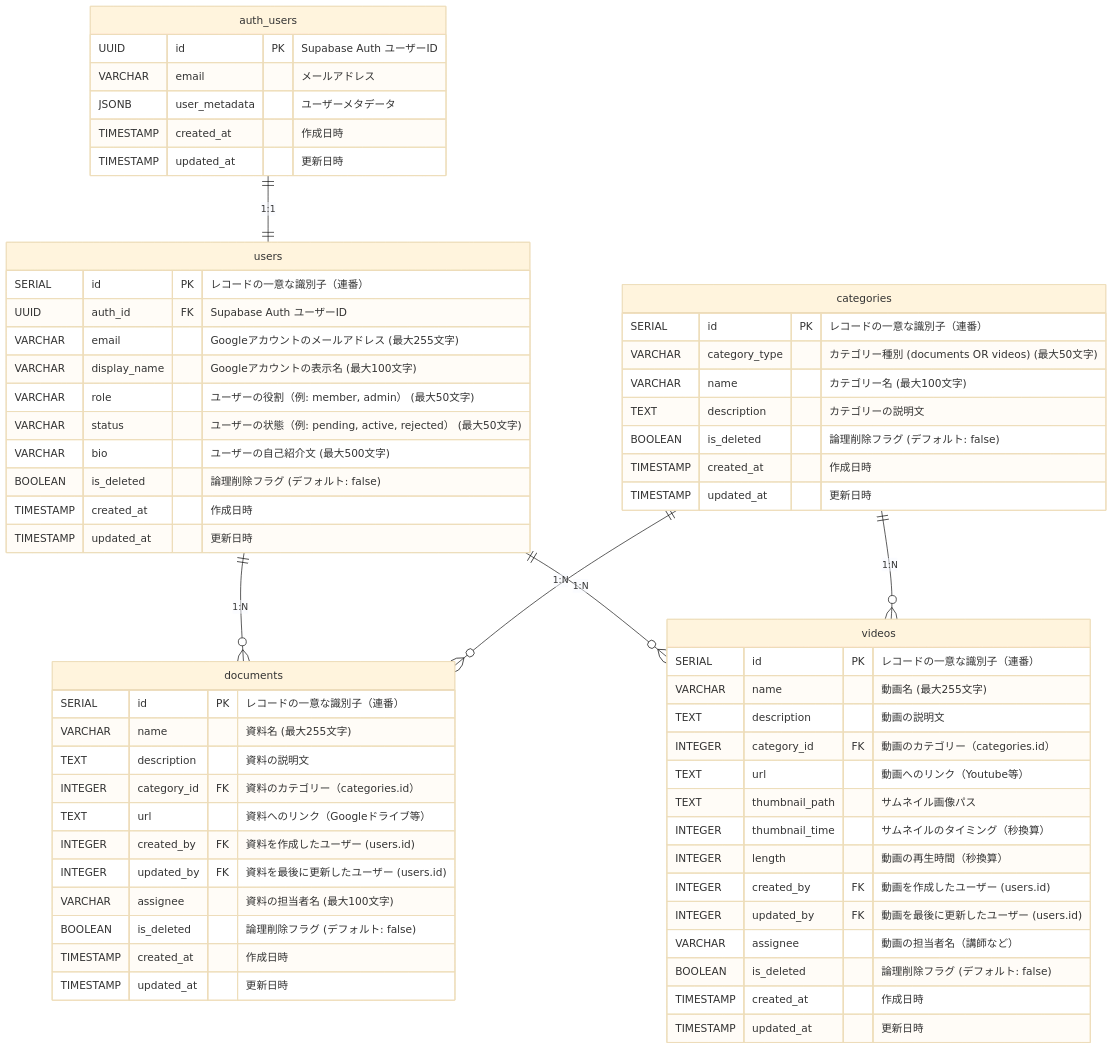
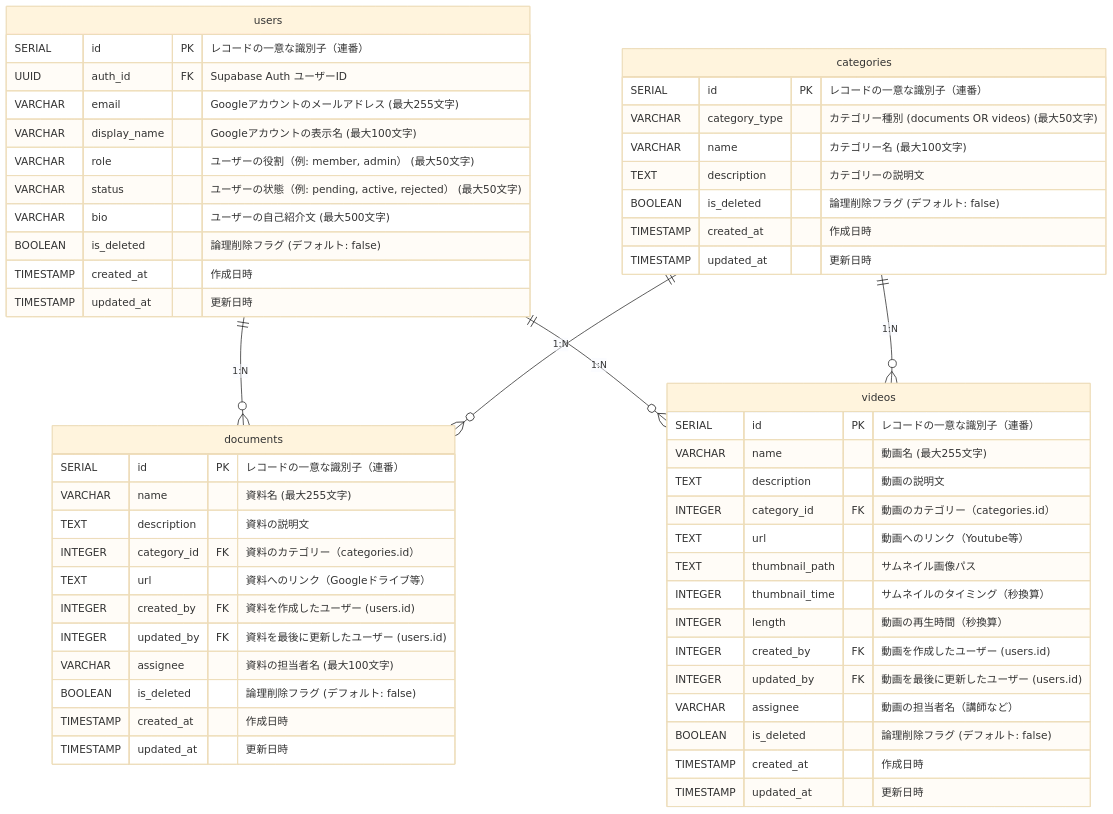
Before and after one commit to Singuralitylabs/portal-site: the diagram in docs/database.md, drawn with Mermaid (base theme).

Commit message:
📝 ER図からのauth_usersテーブルの削除

````diff
--- a/docs/database.md
+++ b/docs/database.md
@@ -92,70 +92,61 @@
 ```mermaid
 erDiagram
-    auth_users {
-        UUID id PK "Supabase Auth ユーザーID"
-        VARCHAR email "メールアドレス"
-        JSONB user_metadata "ユーザーメタデータ"
-        TIMESTAMP created_at "作成日時"
-        TIMESTAMP updated_at "更新日時"
-    }
-
     users {
         SERIAL id PK "レコードの一意な識別子（連番）"
         UUID auth_id FK "Supabase Auth ユーザーID"
         VARCHAR email "Googleアカウントのメールアドレス (最大255文字)"
         VARCHAR display_name "Googleアカウントの表示名 (最大100文字)"
         VARCHAR role "ユーザーの役割（例: member, admin） (最大50文字)"
         VARCHAR status "ユーザーの状態（例: pending, active, rejected） (最大50文字)"
         VARCHAR bio "ユーザーの自己紹介文 (最大500文字)"
         BOOLEAN is_deleted "論理削除フラグ (デフォルト: false)"
         TIMESTAMP created_at "作成日時"
         TIMESTAMP updated_at "更新日時"
     }
 
     documents {
         SERIAL id PK "レコードの一意な識別子（連番）"
         VARCHAR name "資料名 (最大255文字)"
         TEXT description "資料の説明文"
         INTEGER category_id FK "資料のカテゴリー（categories.id）"
         TEXT url "資料へのリンク（Googleドライブ等）"
         INTEGER created_by FK "資料を作成したユーザー (users.id)"
         INTEGER updated_by FK "資料を最後に更新したユーザー (users.id)"
         VARCHAR assignee "資料の担当者名 (最大100文字)"
         BOOLEAN is_deleted "論理削除フラグ (デフォルト: false)"
         TIMESTAMP created_at "作成日時"
         TIMESTAMP updated_at "更新日時"
     }
 
     videos {
         SERIAL id PK "レコードの一意な識別子（連番）"
         VARCHAR name "動画名 (最大255文字)"
         TEXT description "動画の説明文"
         INTEGER category_id FK "動画のカテゴリー（categories.id）"
         TEXT url "動画へのリンク（Youtube等）"
         TEXT thumbnail_path "サムネイル画像パス"
         INTEGER thumbnail_time "サムネイルのタイミング（秒換算）"
         INTEGER length "動画の再生時間（秒換算）"
         INTEGER created_by FK "動画を作成したユーザー (users.id)"
         INTEGER updated_by FK "動画を最後に更新したユーザー (users.id)"
         VARCHAR assignee "動画の担当者名（講師など）"
         BOOLEAN is_deleted "論理削除フラグ (デフォルト: false)"
         TIMESTAMP created_at "作成日時"
         TIMESTAMP updated_at "更新日時"
     }
 
     categories {
         SERIAL id PK "レコードの一意な識別子（連番）"
         VARCHAR category_type "カテゴリー種別 (documents OR videos) (最大50文字)"
         VARCHAR name "カテゴリー名 (最大100文字)"
         TEXT description "カテゴリーの説明文"
         BOOLEAN is_deleted "論理削除フラグ (デフォルト: false)"
         TIMESTAMP created_at "作成日時"
         TIMESTAMP updated_at "更新日時"
     }
 
-    auth_users ||--|| users : "1:1"
     users ||--o{ documents : "1:N"
     users ||--o{ videos : "1:N"
     categories ||--o{ documents : "1:N"
     categories ||--o{ videos : "1:N"
 ```
````
